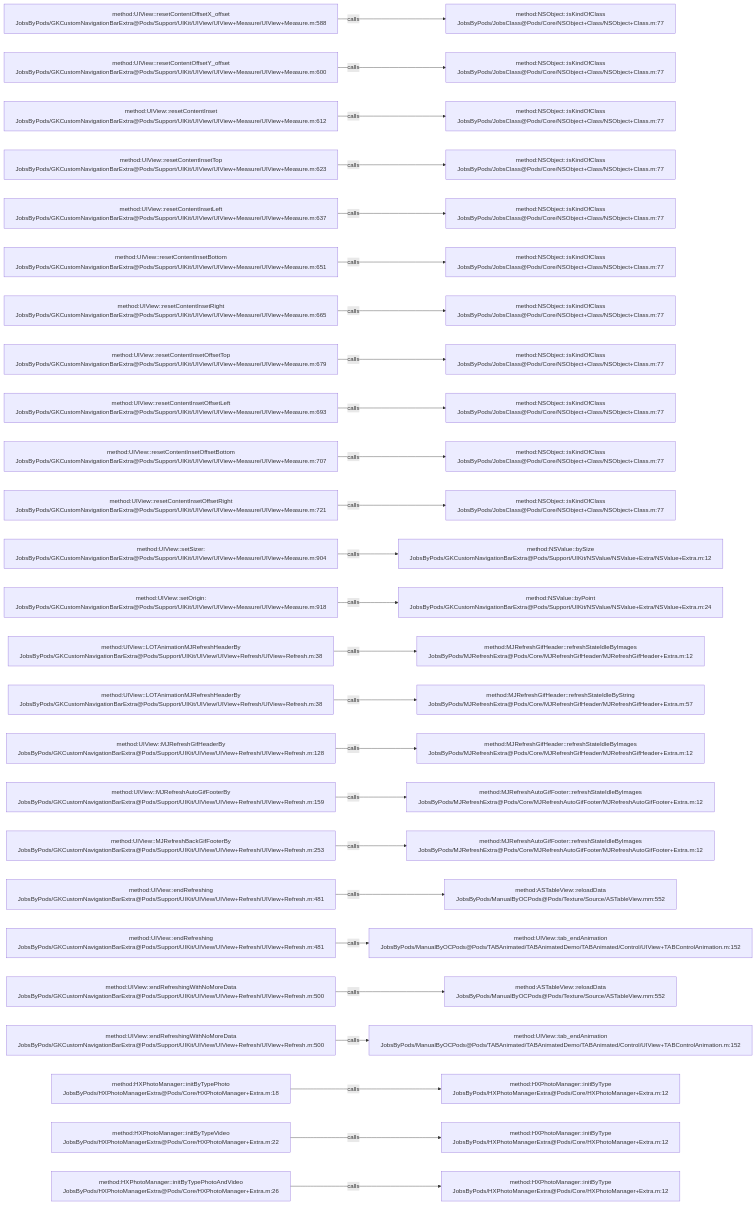
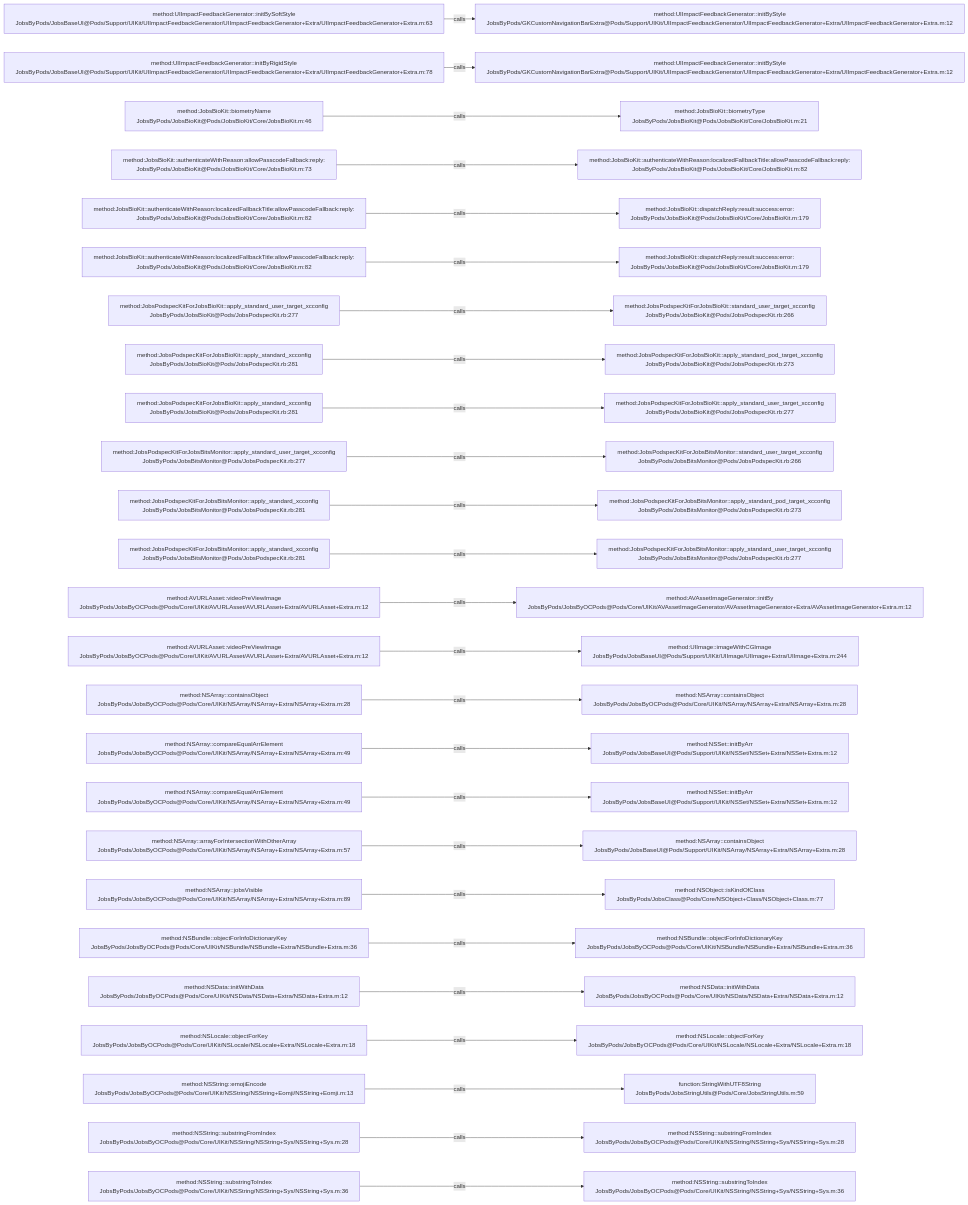
Before and after one commit to JobsKits/JobsOCBaseConfigDemo: the diagram in .codegraph/codegraph.md/graphs/calls-005.md, drawn with Mermaid. The commit also changed 2162 other files, not shown here.

````diff
--- a/.codegraph/codegraph.md/graphs/calls-005.md
+++ b/.codegraph/codegraph.md/graphs/calls-005.md
@@ -13,78 +13,78 @@
 ```mermaid
 flowchart LR
-  S1["method:UIView::resetContentOffsetX_offset<br/>JobsByPods/GKCustomNavigationBarExtra@Pods/Support/UIKit/UIView/UIView+Measure/UIView+Measure.m:588"]
-  T1["method:NSObject::isKindOfClass<br/>JobsByPods/JobsClass@Pods/Core/NSObject+Class/NSObject+Class.m:77"]
+  S1["method:UIImpactFeedbackGenerator::initBySoftStyle<br/>JobsByPods/JobsBaseUI@Pods/Support/UIKit/UIImpactFeedbackGenerator/UIImpactFeedbackGenerator+Extra/UIImpactFeedbackGenerator+Extra.m:63"]
+  T1["method:UIImpactFeedbackGenerator::initByStyle<br/>JobsByPods/GKCustomNavigationBarExtra@Pods/Support/UIKit/UIImpactFeedbackGenerator/UIImpactFeedbackGenerator+Extra/UIImpactFeedbackGenerator+Extra.m:12"]
   S1 -->|calls| T1
-  S2["method:UIView::resetContentOffsetY_offset<br/>JobsByPods/GKCustomNavigationBarExtra@Pods/Support/UIKit/UIView/UIView+Measure/UIView+Measure.m:600"]
-  T2["method:NSObject::isKindOfClass<br/>JobsByPods/JobsClass@Pods/Core/NSObject+Class/NSObject+Class.m:77"]
+  S2["method:UIImpactFeedbackGenerator::initByRigidStyle<br/>JobsByPods/JobsBaseUI@Pods/Support/UIKit/UIImpactFeedbackGenerator/UIImpactFeedbackGenerator+Extra/UIImpactFeedbackGenerator+Extra.m:78"]
+  T2["method:UIImpactFeedbackGenerator::initByStyle<br/>JobsByPods/GKCustomNavigationBarExtra@Pods/Support/UIKit/UIImpactFeedbackGenerator/UIImpactFeedbackGenerator+Extra/UIImpactFeedbackGenerator+Extra.m:12"]
   S2 -->|calls| T2
-  S3["method:UIView::resetContentInset<br/>JobsByPods/GKCustomNavigationBarExtra@Pods/Support/UIKit/UIView/UIView+Measure/UIView+Measure.m:612"]
-  T3["method:NSObject::isKindOfClass<br/>JobsByPods/JobsClass@Pods/Core/NSObject+Class/NSObject+Class.m:77"]
+  S3["method:JobsBioKit::biometryName<br/>JobsByPods/JobsBioKit@Pods/JobsBioKit/Core/JobsBioKit.m:46"]
+  T3["method:JobsBioKit::biometryType<br/>JobsByPods/JobsBioKit@Pods/JobsBioKit/Core/JobsBioKit.m:21"]
   S3 -->|calls| T3
-  S4["method:UIView::resetContentInsetTop<br/>JobsByPods/GKCustomNavigationBarExtra@Pods/Support/UIKit/UIView/UIView+Measure/UIView+Measure.m:623"]
-  T4["method:NSObject::isKindOfClass<br/>JobsByPods/JobsClass@Pods/Core/NSObject+Class/NSObject+Class.m:77"]
+  S4["method:JobsBioKit::authenticateWithReason:allowPasscodeFallback:reply:<br/>JobsByPods/JobsBioKit@Pods/JobsBioKit/Core/JobsBioKit.m:73"]
+  T4["method:JobsBioKit::authenticateWithReason:localizedFallbackTitle:allowPasscodeFallback:reply:<br/>JobsByPods/JobsBioKit@Pods/JobsBioKit/Core/JobsBioKit.m:82"]
   S4 -->|calls| T4
-  S5["method:UIView::resetContentInsetLeft<br/>JobsByPods/GKCustomNavigationBarExtra@Pods/Support/UIKit/UIView/UIView+Measure/UIView+Measure.m:637"]
-  T5["method:NSObject::isKindOfClass<br/>JobsByPods/JobsClass@Pods/Core/NSObject+Class/NSObject+Class.m:77"]
+  S5["method:JobsBioKit::authenticateWithReason:localizedFallbackTitle:allowPasscodeFallback:reply:<br/>JobsByPods/JobsBioKit@Pods/JobsBioKit/Core/JobsBioKit.m:82"]
+  T5["method:JobsBioKit::dispatchReply:result:success:error:<br/>JobsByPods/JobsBioKit@Pods/JobsBioKit/Core/JobsBioKit.m:179"]
   S5 -->|calls| T5
-  S6["method:UIView::resetContentInsetBottom<br/>JobsByPods/GKCustomNavigationBarExtra@Pods/Support/UIKit/UIView/UIView+Measure/UIView+Measure.m:651"]
-  T6["method:NSObject::isKindOfClass<br/>JobsByPods/JobsClass@Pods/Core/NSObject+Class/NSObject+Class.m:77"]
+  S6["method:JobsBioKit::authenticateWithReason:localizedFallbackTitle:allowPasscodeFallback:reply:<br/>JobsByPods/JobsBioKit@Pods/JobsBioKit/Core/JobsBioKit.m:82"]
+  T6["method:JobsBioKit::dispatchReply:result:success:error:<br/>JobsByPods/JobsBioKit@Pods/JobsBioKit/Core/JobsBioKit.m:179"]
   S6 -->|calls| T6
-  S7["method:UIView::resetContentInsetRight<br/>JobsByPods/GKCustomNavigationBarExtra@Pods/Support/UIKit/UIView/UIView+Measure/UIView+Measure.m:665"]
-  T7["method:NSObject::isKindOfClass<br/>JobsByPods/JobsClass@Pods/Core/NSObject+Class/NSObject+Class.m:77"]
+  S7["method:JobsPodspecKitForJobsBioKit::apply_standard_user_target_xcconfig<br/>JobsByPods/JobsBioKit@Pods/JobsPodspecKit.rb:277"]
+  T7["method:JobsPodspecKitForJobsBioKit::standard_user_target_xcconfig<br/>JobsByPods/JobsBioKit@Pods/JobsPodspecKit.rb:266"]
   S7 -->|calls| T7
-  S8["method:UIView::resetContentInsetOffsetTop<br/>JobsByPods/GKCustomNavigationBarExtra@Pods/Support/UIKit/UIView/UIView+Measure/UIView+Measure.m:679"]
-  T8["method:NSObject::isKindOfClass<br/>JobsByPods/JobsClass@Pods/Core/NSObject+Class/NSObject+Class.m:77"]
+  S8["method:JobsPodspecKitForJobsBioKit::apply_standard_xcconfig<br/>JobsByPods/JobsBioKit@Pods/JobsPodspecKit.rb:281"]
+  T8["method:JobsPodspecKitForJobsBioKit::apply_standard_pod_target_xcconfig<br/>JobsByPods/JobsBioKit@Pods/JobsPodspecKit.rb:273"]
   S8 -->|calls| T8
-  S9["method:UIView::resetContentInsetOffsetLeft<br/>JobsByPods/GKCustomNavigationBarExtra@Pods/Support/UIKit/UIView/UIView+Measure/UIView+Measure.m:693"]
-  T9["method:NSObject::isKindOfClass<br/>JobsByPods/JobsClass@Pods/Core/NSObject+Class/NSObject+Class.m:77"]
+  S9["method:JobsPodspecKitForJobsBioKit::apply_standard_xcconfig<br/>JobsByPods/JobsBioKit@Pods/JobsPodspecKit.rb:281"]
+  T9["method:JobsPodspecKitForJobsBioKit::apply_standard_user_target_xcconfig<br/>JobsByPods/JobsBioKit@Pods/JobsPodspecKit.rb:277"]
   S9 -->|calls| T9
-  S10["method:UIView::resetContentInsetOffsetBottom<br/>JobsByPods/GKCustomNavigationBarExtra@Pods/Support/UIKit/UIView/UIView+Measure/UIView+Measure.m:707"]
-  T10["method:NSObject::isKindOfClass<br/>JobsByPods/JobsClass@Pods/Core/NSObject+Class/NSObject+Class.m:77"]
+  S10["method:JobsPodspecKitForJobsBitsMonitor::apply_standard_user_target_xcconfig<br/>JobsByPods/JobsBitsMonitor@Pods/JobsPodspecKit.rb:277"]
+  T10["method:JobsPodspecKitForJobsBitsMonitor::standard_user_target_xcconfig<br/>JobsByPods/JobsBitsMonitor@Pods/JobsPodspecKit.rb:266"]
   S10 -->|calls| T10
-  S11["method:UIView::resetContentInsetOffsetRight<br/>JobsByPods/GKCustomNavigationBarExtra@Pods/Support/UIKit/UIView/UIView+Measure/UIView+Measure.m:721"]
-  T11["method:NSObject::isKindOfClass<br/>JobsByPods/JobsClass@Pods/Core/NSObject+Class/NSObject+Class.m:77"]
+  S11["method:JobsPodspecKitForJobsBitsMonitor::apply_standard_xcconfig<br/>JobsByPods/JobsBitsMonitor@Pods/JobsPodspecKit.rb:281"]
+  T11["method:JobsPodspecKitForJobsBitsMonitor::apply_standard_pod_target_xcconfig<br/>JobsByPods/JobsBitsMonitor@Pods/JobsPodspecKit.rb:273"]
   S11 -->|calls| T11
-  S12["method:UIView::setSizer:<br/>JobsByPods/GKCustomNavigationBarExtra@Pods/Support/UIKit/UIView/UIView+Measure/UIView+Measure.m:904"]
-  T12["method:NSValue::bySize<br/>JobsByPods/GKCustomNavigationBarExtra@Pods/Support/UIKit/NSValue/NSValue+Extra/NSValue+Extra.m:12"]
+  S12["method:JobsPodspecKitForJobsBitsMonitor::apply_standard_xcconfig<br/>JobsByPods/JobsBitsMonitor@Pods/JobsPodspecKit.rb:281"]
+  T12["method:JobsPodspecKitForJobsBitsMonitor::apply_standard_user_target_xcconfig<br/>JobsByPods/JobsBitsMonitor@Pods/JobsPodspecKit.rb:277"]
   S12 -->|calls| T12
-  S13["method:UIView::setOrigin:<br/>JobsByPods/GKCustomNavigationBarExtra@Pods/Support/UIKit/UIView/UIView+Measure/UIView+Measure.m:918"]
-  T13["method:NSValue::byPoint<br/>JobsByPods/GKCustomNavigationBarExtra@Pods/Support/UIKit/NSValue/NSValue+Extra/NSValue+Extra.m:24"]
+  S13["method:AVURLAsset::videoPreViewImage<br/>JobsByPods/JobsByOCPods@Pods/Core/UIKit/AVURLAsset/AVURLAsset+Extra/AVURLAsset+Extra.m:12"]
+  T13["method:AVAssetImageGenerator::initBy<br/>JobsByPods/JobsByOCPods@Pods/Core/UIKit/AVAssetImageGenerator/AVAssetImageGenerator+Extra/AVAssetImageGenerator+Extra.m:12"]
   S13 -->|calls| T13
-  S14["method:UIView::LOTAnimationMJRefreshHeaderBy<br/>JobsByPods/GKCustomNavigationBarExtra@Pods/Support/UIKit/UIView/UIView+Refresh/UIView+Refresh.m:38"]
-  T14["method:MJRefreshGifHeader::refreshStateIdleByImages<br/>JobsByPods/MJRefreshExtra@Pods/Core/MJRefreshGifHeader/MJRefreshGifHeader+Extra.m:12"]
+  S14["method:AVURLAsset::videoPreViewImage<br/>JobsByPods/JobsByOCPods@Pods/Core/UIKit/AVURLAsset/AVURLAsset+Extra/AVURLAsset+Extra.m:12"]
+  T14["method:UIImage::imageWithCGImage<br/>JobsByPods/JobsBaseUI@Pods/Support/UIKit/UIImage/UIImage+Extra/UIImage+Extra.m:244"]
   S14 -->|calls| T14
-  S15["method:UIView::LOTAnimationMJRefreshHeaderBy<br/>JobsByPods/GKCustomNavigationBarExtra@Pods/Support/UIKit/UIView/UIView+Refresh/UIView+Refresh.m:38"]
-  T15["method:MJRefreshGifHeader::refreshStateIdleByString<br/>JobsByPods/MJRefreshExtra@Pods/Core/MJRefreshGifHeader/MJRefreshGifHeader+Extra.m:57"]
+  S15["method:NSArray::containsObject<br/>JobsByPods/JobsByOCPods@Pods/Core/UIKit/NSArray/NSArray+Extra/NSArray+Extra.m:28"]
+  T15["method:NSArray::containsObject<br/>JobsByPods/JobsByOCPods@Pods/Core/UIKit/NSArray/NSArray+Extra/NSArray+Extra.m:28"]
   S15 -->|calls| T15
-  S16["method:UIView::MJRefreshGifHeaderBy<br/>JobsByPods/GKCustomNavigationBarExtra@Pods/Support/UIKit/UIView/UIView+Refresh/UIView+Refresh.m:128"]
-  T16["method:MJRefreshGifHeader::refreshStateIdleByImages<br/>JobsByPods/MJRefreshExtra@Pods/Core/MJRefreshGifHeader/MJRefreshGifHeader+Extra.m:12"]
+  S16["method:NSArray::compareEqualArrElement<br/>JobsByPods/JobsByOCPods@Pods/Core/UIKit/NSArray/NSArray+Extra/NSArray+Extra.m:49"]
+  T16["method:NSSet::initByArr<br/>JobsByPods/JobsBaseUI@Pods/Support/UIKit/NSSet/NSSet+Extra/NSSet+Extra.m:12"]
   S16 -->|calls| T16
-  S17["method:UIView::MJRefreshAutoGifFooterBy<br/>JobsByPods/GKCustomNavigationBarExtra@Pods/Support/UIKit/UIView/UIView+Refresh/UIView+Refresh.m:159"]
-  T17["method:MJRefreshAutoGifFooter::refreshStateIdleByImages<br/>JobsByPods/MJRefreshExtra@Pods/Core/MJRefreshAutoGifFooter/MJRefreshAutoGifFooter+Extra.m:12"]
+  S17["method:NSArray::compareEqualArrElement<br/>JobsByPods/JobsByOCPods@Pods/Core/UIKit/NSArray/NSArray+Extra/NSArray+Extra.m:49"]
+  T17["method:NSSet::initByArr<br/>JobsByPods/JobsBaseUI@Pods/Support/UIKit/NSSet/NSSet+Extra/NSSet+Extra.m:12"]
   S17 -->|calls| T17
-  S18["method:UIView::MJRefreshBackGifFooterBy<br/>JobsByPods/GKCustomNavigationBarExtra@Pods/Support/UIKit/UIView/UIView+Refresh/UIView+Refresh.m:253"]
-  T18["method:MJRefreshAutoGifFooter::refreshStateIdleByImages<br/>JobsByPods/MJRefreshExtra@Pods/Core/MJRefreshAutoGifFooter/MJRefreshAutoGifFooter+Extra.m:12"]
+  S18["method:NSArray::arrayForIntersectionWithOtherArray<br/>JobsByPods/JobsByOCPods@Pods/Core/UIKit/NSArray/NSArray+Extra/NSArray+Extra.m:57"]
+  T18["method:NSArray::containsObject<br/>JobsByPods/JobsBaseUI@Pods/Support/UIKit/NSArray/NSArray+Extra/NSArray+Extra.m:28"]
   S18 -->|calls| T18
-  S19["method:UIView::endRefreshing<br/>JobsByPods/GKCustomNavigationBarExtra@Pods/Support/UIKit/UIView/UIView+Refresh/UIView+Refresh.m:481"]
-  T19["method:ASTableView::reloadData<br/>JobsByPods/ManualByOCPods@Pods/Texture/Source/ASTableView.mm:552"]
+  S19["method:NSArray::jobsVisible<br/>JobsByPods/JobsByOCPods@Pods/Core/UIKit/NSArray/NSArray+Extra/NSArray+Extra.m:89"]
+  T19["method:NSObject::isKindOfClass<br/>JobsByPods/JobsClass@Pods/Core/NSObject+Class/NSObject+Class.m:77"]
   S19 -->|calls| T19
-  S20["method:UIView::endRefreshing<br/>JobsByPods/GKCustomNavigationBarExtra@Pods/Support/UIKit/UIView/UIView+Refresh/UIView+Refresh.m:481"]
-  T20["method:UIView::tab_endAnimation<br/>JobsByPods/ManualByOCPods@Pods/TABAnimated/TABAnimatedDemo/TABAnimated/Control/UIView+TABControlAnimation.m:152"]
+  S20["method:NSBundle::objectForInfoDictionaryKey<br/>JobsByPods/JobsByOCPods@Pods/Core/UIKit/NSBundle/NSBundle+Extra/NSBundle+Extra.m:36"]
+  T20["method:NSBundle::objectForInfoDictionaryKey<br/>JobsByPods/JobsByOCPods@Pods/Core/UIKit/NSBundle/NSBundle+Extra/NSBundle+Extra.m:36"]
   S20 -->|calls| T20
-  S21["method:UIView::endRefreshingWithNoMoreData<br/>JobsByPods/GKCustomNavigationBarExtra@Pods/Support/UIKit/UIView/UIView+Refresh/UIView+Refresh.m:500"]
-  T21["method:ASTableView::reloadData<br/>JobsByPods/ManualByOCPods@Pods/Texture/Source/ASTableView.mm:552"]
+  S21["method:NSData::initWithData<br/>JobsByPods/JobsByOCPods@Pods/Core/UIKit/NSData/NSData+Extra/NSData+Extra.m:12"]
+  T21["method:NSData::initWithData<br/>JobsByPods/JobsByOCPods@Pods/Core/UIKit/NSData/NSData+Extra/NSData+Extra.m:12"]
   S21 -->|calls| T21
-  S22["method:UIView::endRefreshingWithNoMoreData<br/>JobsByPods/GKCustomNavigationBarExtra@Pods/Support/UIKit/UIView/UIView+Refresh/UIView+Refresh.m:500"]
-  T22["method:UIView::tab_endAnimation<br/>JobsByPods/ManualByOCPods@Pods/TABAnimated/TABAnimatedDemo/TABAnimated/Control/UIView+TABControlAnimation.m:152"]
+  S22["method:NSLocale::objectForKey<br/>JobsByPods/JobsByOCPods@Pods/Core/UIKit/NSLocale/NSLocale+Extra/NSLocale+Extra.m:18"]
+  T22["method:NSLocale::objectForKey<br/>JobsByPods/JobsByOCPods@Pods/Core/UIKit/NSLocale/NSLocale+Extra/NSLocale+Extra.m:18"]
   S22 -->|calls| T22
-  S23["method:HXPhotoManager::initByTypePhoto<br/>JobsByPods/HXPhotoManagerExtra@Pods/Core/HXPhotoManager+Extra.m:18"]
-  T23["method:HXPhotoManager::initByType<br/>JobsByPods/HXPhotoManagerExtra@Pods/Core/HXPhotoManager+Extra.m:12"]
+  S23["method:NSString::emojiEncode<br/>JobsByPods/JobsByOCPods@Pods/Core/UIKit/NSString/NSString+Eomji/NSString+Eomji.m:13"]
+  T23["function:StringWithUTF8String<br/>JobsByPods/JobsStringUtils@Pods/Core/JobsStringUtils.m:59"]
   S23 -->|calls| T23
-  S24["method:HXPhotoManager::initByTypeVideo<br/>JobsByPods/HXPhotoManagerExtra@Pods/Core/HXPhotoManager+Extra.m:22"]
-  T24["method:HXPhotoManager::initByType<br/>JobsByPods/HXPhotoManagerExtra@Pods/Core/HXPhotoManager+Extra.m:12"]
+  S24["method:NSString::substringFromIndex<br/>JobsByPods/JobsByOCPods@Pods/Core/UIKit/NSString/NSString+Sys/NSString+Sys.m:28"]
+  T24["method:NSString::substringFromIndex<br/>JobsByPods/JobsByOCPods@Pods/Core/UIKit/NSString/NSString+Sys/NSString+Sys.m:28"]
   S24 -->|calls| T24
-  S25["method:HXPhotoManager::initByTypePhotoAndVideo<br/>JobsByPods/HXPhotoManagerExtra@Pods/Core/HXPhotoManager+Extra.m:26"]
-  T25["method:HXPhotoManager::initByType<br/>JobsByPods/HXPhotoManagerExtra@Pods/Core/HXPhotoManager+Extra.m:12"]
+  S25["method:NSString::substringToIndex<br/>JobsByPods/JobsByOCPods@Pods/Core/UIKit/NSString/NSString+Sys/NSString+Sys.m:36"]
+  T25["method:NSString::substringToIndex<br/>JobsByPods/JobsByOCPods@Pods/Core/UIKit/NSString/NSString+Sys/NSString+Sys.m:36"]
   S25 -->|calls| T25
 ```
````
